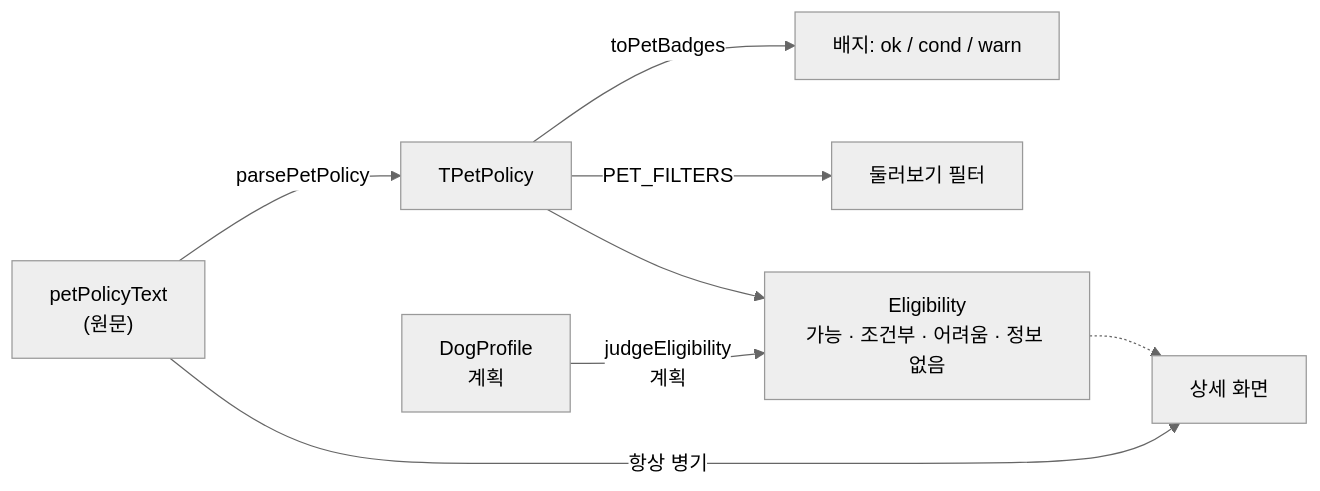
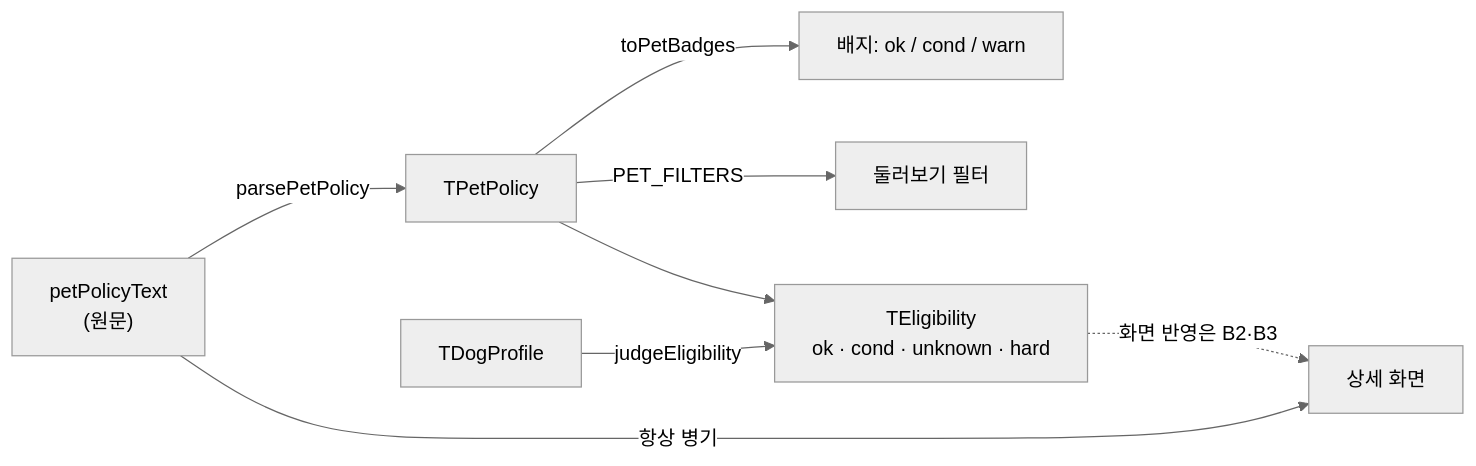
One commit to hoiya-woohyun/zgnn changed the diagram in docs/architecture/pet-policy-and-eligibility.md. Above: the diagram before and after it, drawn with Mermaid (neutral theme). The commit also changed other lines of this file and 14 other files, not shown here.

````diff
--- a/docs/architecture/pet-policy-and-eligibility.md
+++ b/docs/architecture/pet-policy-and-eligibility.md
@@ -13,10 +14,10 @@
 ```mermaid
 flowchart LR
   T["petPolicyText<br/>(원문)"] -->|parsePetPolicy| P[TPetPolicy]
   P -->|toPetBadges| B[배지: ok / cond / warn]
   P -->|PET_FILTERS| F[둘러보기 필터]
-  D[DogProfile<br/>계획] -->|judgeEligibility<br/>계획| E[Eligibility<br/>가능 · 조건부 · 어려움 · 정보 없음]
+  D[TDogProfile] -->|judgeEligibility| E[TEligibility<br/>ok · cond · unknown · hard]
   P --> E
   T -->|항상 병기| UI[상세 화면]
-  E -.-> UI
+  E -.->|화면 반영은 B2·B3| UI
 ```
````
